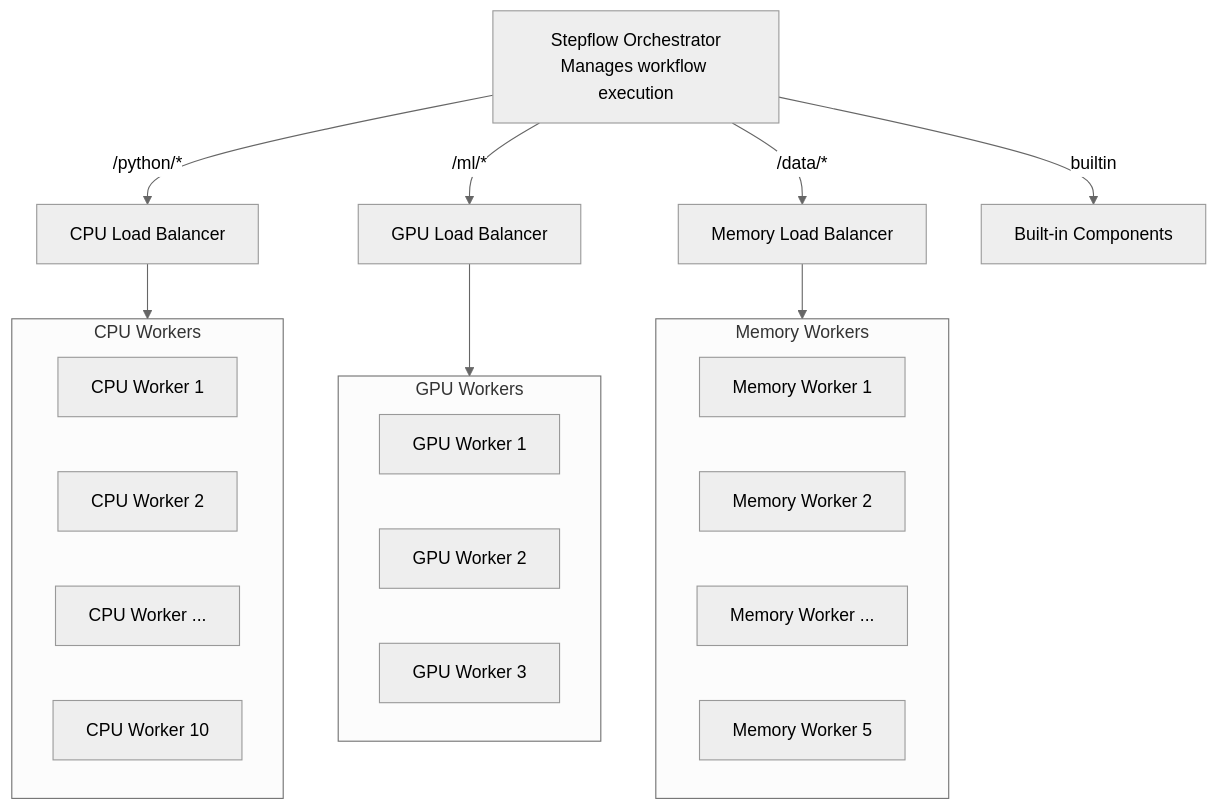
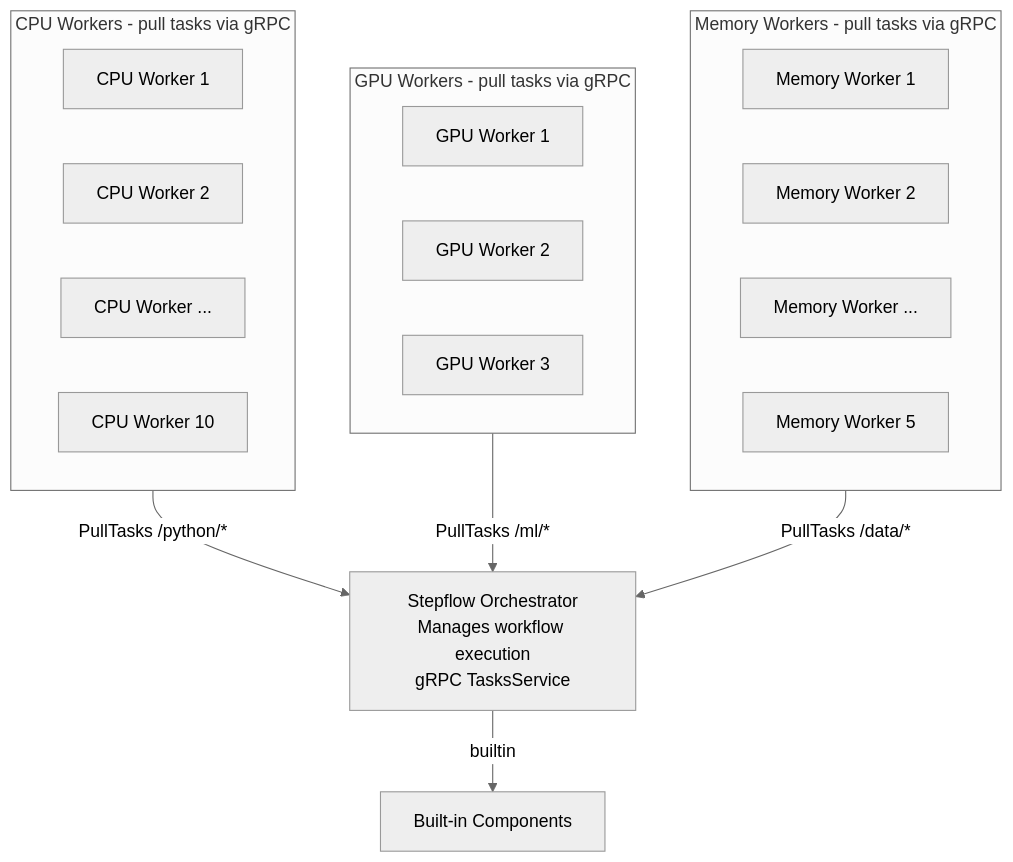
One commit to stepflow-ai/stepflow changed the diagram in docs/docs/deployment/index.md. Above: the diagram before and after it, drawn with Mermaid (neutral theme). The commit also changed other lines of this file and 39 other files, not shown here.

First line of the commit message:
refactor: Remove stepflow load balancer (#760) (#820)

````diff
--- a/docs/docs/deployment/index.md
+++ b/docs/docs/deployment/index.md
@@ -63,33 +62,30 @@
 ```mermaid
 flowchart TB
-    Orch[Stepflow Orchestrator<br/>Manages workflow execution]
-    
-    Orch -->|/python/*| CPULB[CPU Load Balancer]
-    Orch -->|/ml/*| GPULB[GPU Load Balancer]
-    Orch -->|/data/*| MemLB[Memory Load Balancer]
+    Orch[Stepflow Orchestrator<br/>Manages workflow execution<br/>gRPC TasksService]
+
     Orch -->|builtin| Builtin[Built-in Components]
-    
-    subgraph CPU[CPU Workers]
+
+    subgraph CPU[CPU Workers - pull tasks via gRPC]
         CPU1[CPU Worker 1]
         CPU2[CPU Worker 2]
         CPU3[CPU Worker ...]
         CPU4[CPU Worker 10]
     end
 
-    subgraph GPU[GPU Workers]
+    subgraph GPU[GPU Workers - pull tasks via gRPC]
         GPU1[GPU Worker 1]
         GPU2[GPU Worker 2]
         GPU3[GPU Worker 3]
     end
 
-    subgraph MEM[Memory Workers]
+    subgraph MEM[Memory Workers - pull tasks via gRPC]
         MEM1[Memory Worker 1]
         MEM2[Memory Worker 2]
         MEM3[Memory Worker ...]
         MEM4[Memory Worker 5]
     end
-    
-    CPULB --> CPU
-    GPULB --> GPU
-    MemLB --> MEM
+
+    CPU -->|PullTasks /python/*| Orch
+    GPU -->|PullTasks /ml/*| Orch
+    MEM -->|PullTasks /data/*| Orch
 ```
````
